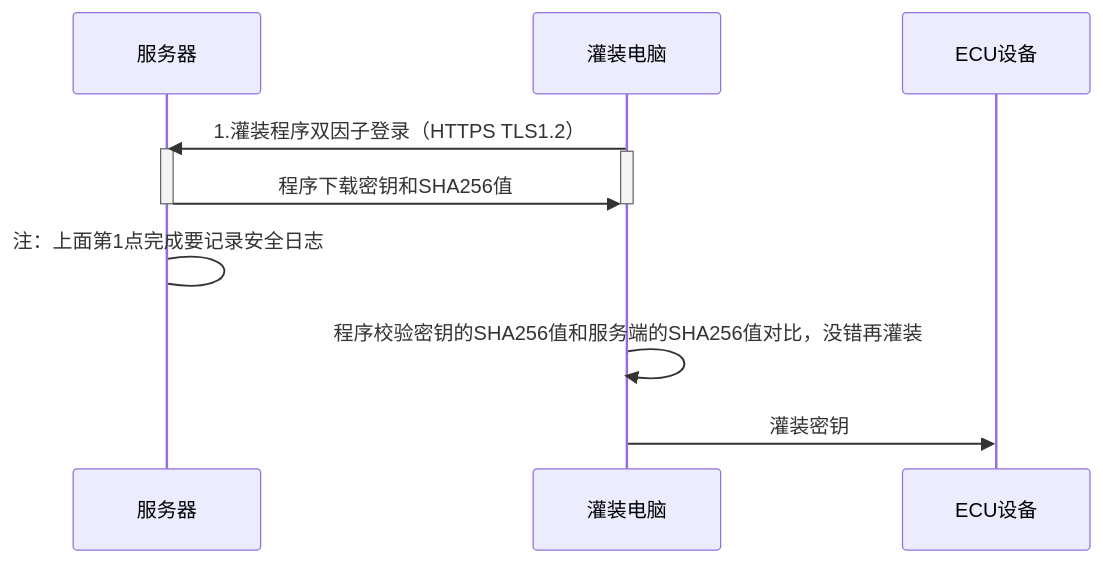
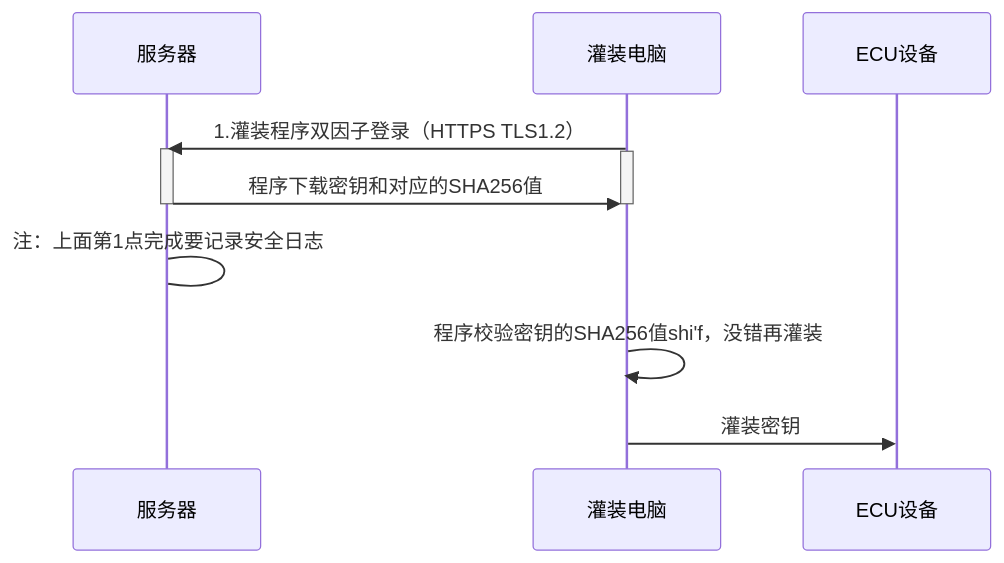
One commit to facebook-cloud/iodraw-files changed the diagram in all/未命名-23.md. Above: the diagram before and after it, drawn with Mermaid.

Commit message:
2026-04-15 17:09:40 update

````diff
--- a/all/未命名-23.md
+++ b/all/未命名-23.md
@@ -1,19 +1,19 @@
 ```mermaid
 sequenceDiagram
   
     participant B as 服务器
     participant D as 灌装电脑
     participant E as ECU设备
 
     D->>B: 1.灌装程序双因子登录（HTTPS TLS1.2）
     activate B
     activate D
-    B->>D: 程序下载密钥和SHA256值
+    B->>D: 程序下载密钥和对应的SHA256值
     deactivate B
     deactivate D
     B->B: 注：上面第1点完成要记录安全日志
 
-    D->>D:程序校验密钥的SHA256值和服务端的SHA256值对比，没错再灌装
+    D->>D:程序校验密钥的SHA256值shi'f，没错再灌装
     
     D->>E: 灌装密钥
 ```
````
